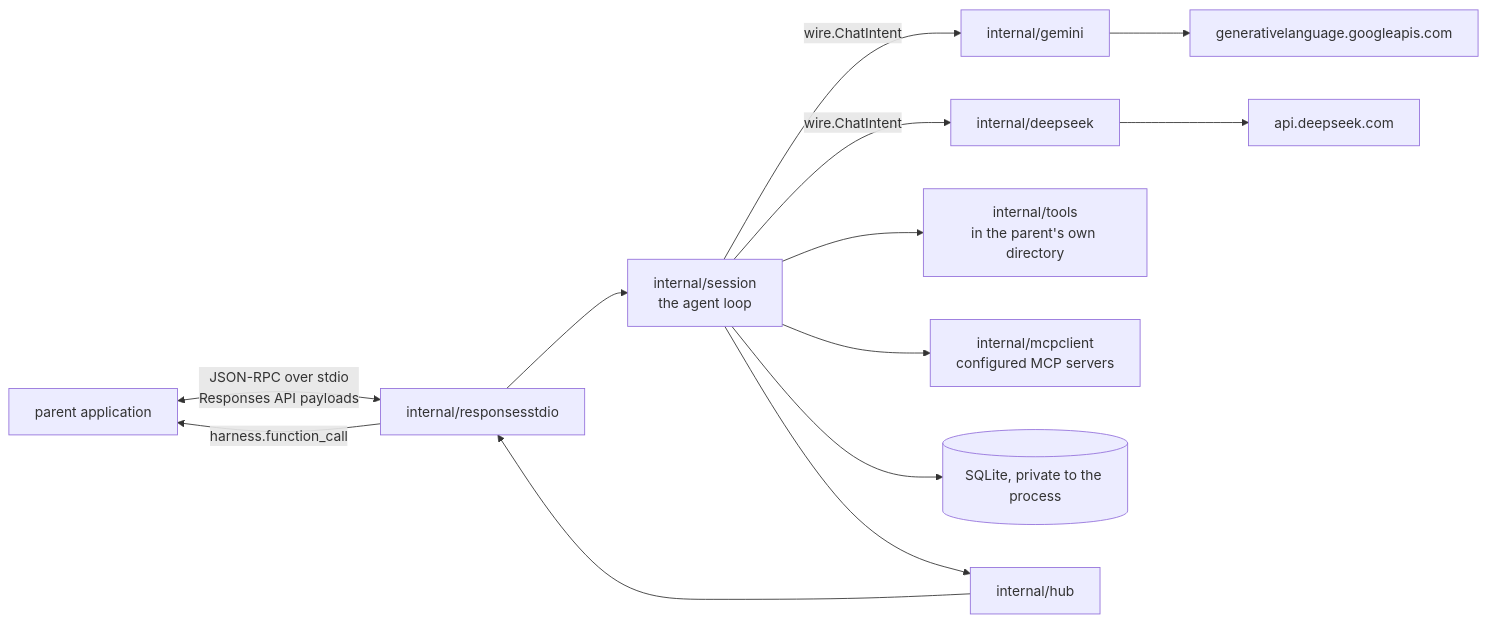
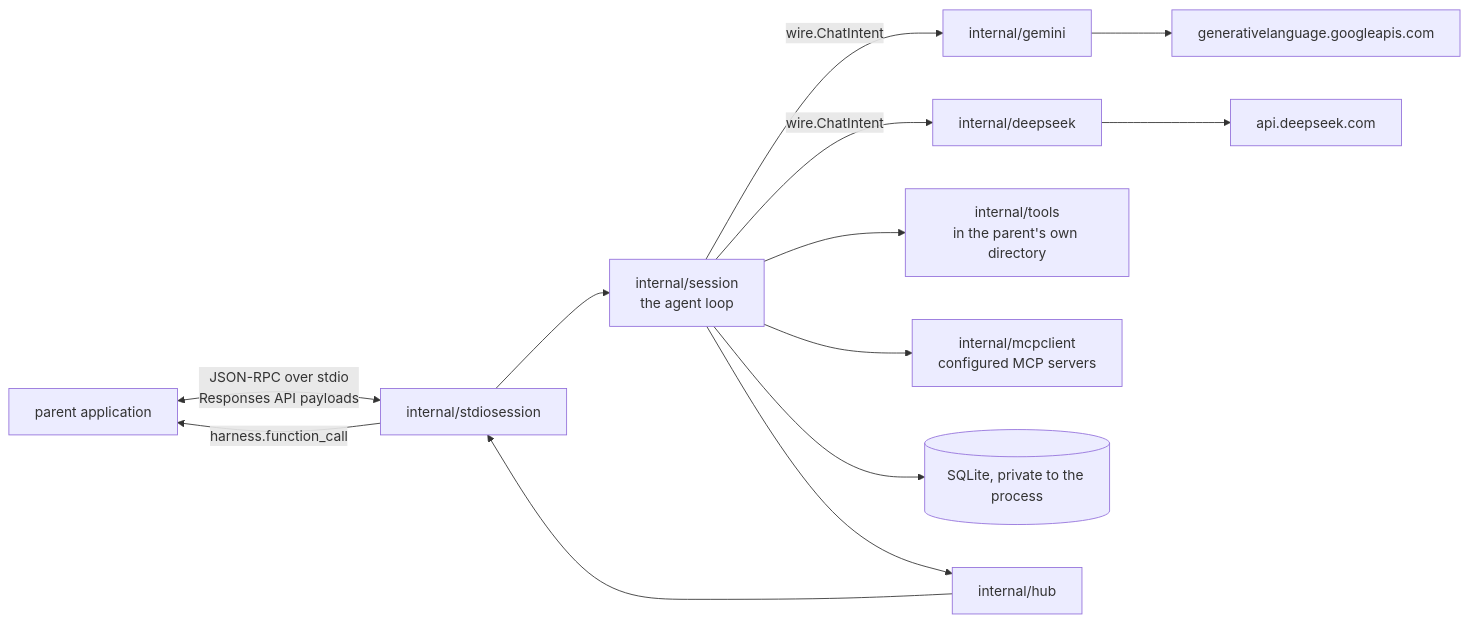
Before and after one commit to tinkerindustries/agent-harness: the diagram in ARCHITECTURE.md, drawn with Mermaid. The commit also changed other lines of this file and 26 other files, not shown here.

First line of the commit message:
Rename internal/responsesstdio to internal/stdiosession

````diff
--- a/ARCHITECTURE.md
+++ b/ARCHITECTURE.md
@@ -46,15 +46,15 @@
 ```mermaid
 flowchart LR
-    parent[parent application] <-->|JSON-RPC over stdio<br/>Responses API payloads| gs[internal/responsesstdio]
+    parent[parent application] <-->|JSON-RPC over stdio<br/>Responses API payloads| gs[internal/stdiosession]
     gs --> session2[internal/session<br/>the agent loop]
     session2 -->|wire.ChatIntent| gc[internal/gemini]
     session2 -->|wire.ChatIntent| dc[internal/deepseek]
     gc --> gapi[generativelanguage.googleapis.com]
     dc --> dapi[api.deepseek.com]
     session2 --> tools2[internal/tools<br/>in the parent's own directory]
     session2 --> mcpclient[internal/mcpclient<br/>configured MCP servers]
     session2 --> st2[(SQLite, private to the process)]
     session2 --> hub2[internal/hub]
     hub2 --> gs
     gs -->|harness.function_call| parent
 ```
````
